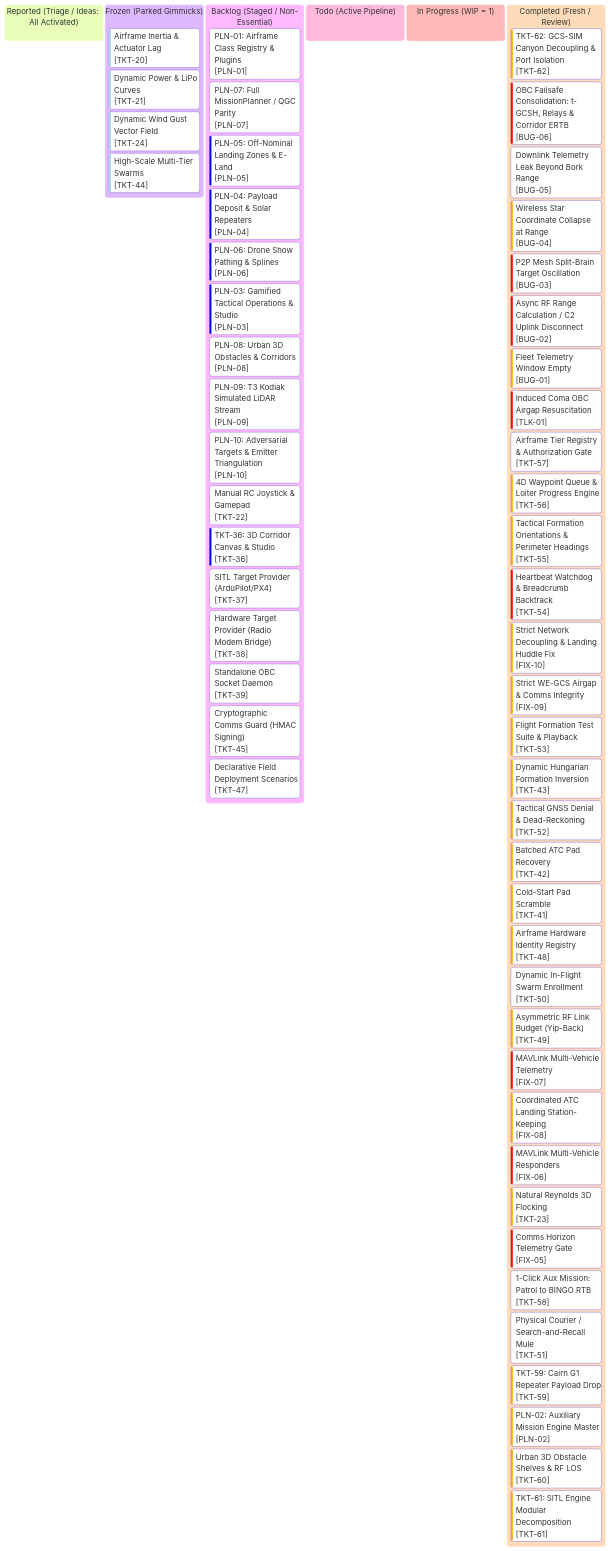
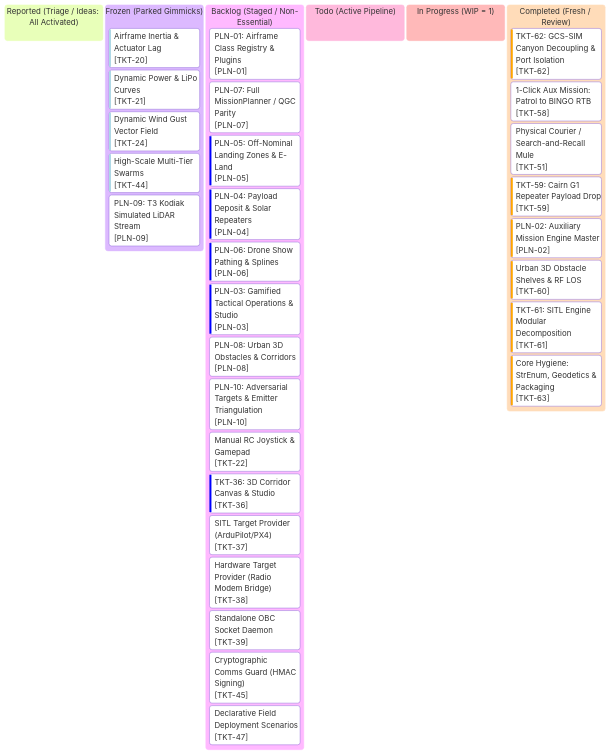
One commit to AlitheiaDeus/AlitheiaHive changed the diagram in roadmap/kanban.md. Above: the diagram before and after it, drawn with Mermaid. The commit also changed other lines of this file and 8 other files, not shown here.

Commit message:
feat(core): implement TKT-63 FlightState enum, PyMAVLink geodetics & uv packaging

````diff
--- a/roadmap/kanban.md
+++ b/roadmap/kanban.md
@@ -10,82 +10,57 @@
 ```mermaid
 %%{init: {
   'theme': 'base',
   'themeVariables': {
     'primaryColor': '#0d2235',
     'primaryTextColor': '#d4f4ff',
     'primaryBorderColor': '#00f0ff',
     'lineColor': '#00f0ff',
     'background': '#061019',
     'mainBkg': '#0a1926',
     'secondaryColor': '#081420',
     'secondaryTextColor': '#5a7e96',
     'secondaryBorderColor': '#134e6f',
     'tertiaryColor': '#0e263d',
     'tertiaryTextColor': '#00ffaa',
     'tertiaryBorderColor': '#00ffaa',
     'clusterBkg': '#081420',
     'clusterBorder': '#134e6f',
     'fontFamily': "'JetBrains Mono', 'Courier New', monospace"
   }
 }}%%
 kanban
   reported["Reported (Triage / Ideas: All Activated)"]
   frozen["Frozen (Parked Gimmicks)"]
     tkt20["Airframe Inertia & Actuator Lag"]@{ ticket: '[TKT-20]', priority: 'Very Low' }
     tkt21["Dynamic Power & LiPo Curves"]@{ ticket: '[TKT-21]', priority: 'Very Low' }
     tkt24["Dynamic Wind Gust Vector Field"]@{ ticket: '[TKT-24]', priority: 'Very Low' }
     tkt44["High-Scale Multi-Tier Swarms"]@{ ticket: '[TKT-44]', priority: 'Very Low' }
+    pln09["PLN-09: T3 Kodiak Simulated LiDAR Stream"]@{ ticket: '[PLN-09]', priority: 'Medium' }
   backlog["Backlog (Staged / Non-Essential)"]
     pln01["PLN-01: Airframe Class Registry & Plugins"]@{ ticket: '[PLN-01]', priority: 'Medium' }
     pln07["PLN-07: Full MissionPlanner / QGC Parity"]@{ ticket: '[PLN-07]', priority: 'Medium' }
     pln05["PLN-05: Off-Nominal Landing Zones & E-Land"]@{ ticket: '[PLN-05]', priority: 'Low' }
     pln04["PLN-04: Payload Deposit & Solar Repeaters"]@{ ticket: '[PLN-04]', priority: 'Low' }
     pln06["PLN-06: Drone Show Pathing & Splines"]@{ ticket: '[PLN-06]', priority: 'Low' }
     pln03["PLN-03: Gamified Tactical Operations & Studio"]@{ ticket: '[PLN-03]', priority: 'Low' }
     pln08["PLN-08: Urban 3D Obstacles & Corridors"]@{ ticket: '[PLN-08]', priority: 'Medium' }
-    pln09["PLN-09: T3 Kodiak Simulated LiDAR Stream"]@{ ticket: '[PLN-09]', priority: 'Medium' }
     pln10["PLN-10: Adversarial Targets & Emitter Triangulation"]@{ ticket: '[PLN-10]', priority: 'Medium' }
     tkt22["Manual RC Joystick & Gamepad"]@{ ticket: '[TKT-22]', priority: 'Medium' }
     tkt36["TKT-36: 3D Corridor Canvas & Studio"]@{ ticket: '[TKT-36]', priority: 'Low' }
     tkt37["SITL Target Provider (ArduPilot/PX4)"]@{ ticket: '[TKT-37]', priority: 'Medium' }
     tkt38["Hardware Target Provider (Radio Modem Bridge)"]@{ ticket: '[TKT-38]', priority: 'Medium' }
     tkt39["Standalone OBC Socket Daemon"]@{ ticket: '[TKT-39]', priority: 'Medium' }
     tkt45["Cryptographic Comms Guard (HMAC Signing)"]@{ ticket: '[TKT-45]', priority: 'Medium' }
     tkt47["Declarative Field Deployment Scenarios"]@{ ticket: '[TKT-47]', priority: 'Medium' }
   todo["Todo (Active Pipeline)"]
   in_progress["In Progress (WIP = 1)"]
   completed["Completed (Fresh / Review)"]
     tkt62["TKT-62: GCS-SIM Canyon Decoupling & Port Isolation"]@{ ticket: '[TKT-62]', priority: 'High' }
-    bug06["OBC Failsafe Consolidation: t-GCSH, Relays & Corridor ERTB"]@{ ticket: '[BUG-06]', priority: 'Very High' }
-    bug05["Downlink Telemetry Leak Beyond Bork Range"]@{ ticket: '[BUG-05]', priority: 'Medium' }
-    bug04["Wireless Star Coordinate Collapse at Range"]@{ ticket: '[BUG-04]', priority: 'High' }
-    bug03["P2P Mesh Split-Brain Target Oscillation"]@{ ticket: '[BUG-03]', priority: 'Very High' }
-    bug02["Async RF Range Calculation / C2 Uplink Disconnect"]@{ ticket: '[BUG-02]', priority: 'Very High' }
-    bug01["Fleet Telemetry Window Empty"]@{ ticket: '[BUG-01]', priority: 'High' }
-    tlk01["Induced Coma OBC Airgap Resuscitation"]@{ ticket: '[TLK-01]', priority: 'Very High' }
-    tkt57["Airframe Tier Registry & Authorization Gate"]@{ ticket: '[TKT-57]', priority: 'Medium' }
-    tkt56["4D Waypoint Queue & Loiter Progress Engine"]@{ ticket: '[TKT-56]', priority: 'High' }
-    tkt55["Tactical Formation Orientations & Perimeter Headings"]@{ ticket: '[TKT-55]', priority: 'High' }
-    tkt54["Heartbeat Watchdog & Breadcrumb Backtrack"]@{ ticket: '[TKT-54]', priority: 'Very High' }
-    fix10["Strict Network Decoupling & Landing Huddle Fix"]@{ ticket: '[FIX-10]', priority: 'High' }
-    fix09["Strict WE-GCS Airgap & Comms Integrity"]@{ ticket: '[FIX-09]', priority: 'High' }
-    tkt53["Flight Formation Test Suite & Playback"]@{ ticket: '[TKT-53]', priority: 'High' }
-    tkt43["Dynamic Hungarian Formation Inversion"]@{ ticket: '[TKT-43]', priority: 'High' }
-    tkt52["Tactical GNSS Denial & Dead-Reckoning"]@{ ticket: '[TKT-52]', priority: 'High' }
-    tkt42["Batched ATC Pad Recovery"]@{ ticket: '[TKT-42]', priority: 'High' }
-    tkt41["Cold-Start Pad Scramble"]@{ ticket: '[TKT-41]', priority: 'High' }
-    tkt48["Airframe Hardware Identity Registry"]@{ ticket: '[TKT-48]', priority: 'High' }
-    tkt50["Dynamic In-Flight Swarm Enrollment"]@{ ticket: '[TKT-50]', priority: 'Medium' }
-    tkt49["Asymmetric RF Link Budget (Yip-Back)"]@{ ticket: '[TKT-49]', priority: 'High' }
-    fix07["MAVLink Multi-Vehicle Telemetry"]@{ ticket: '[FIX-07]', priority: 'Very High' }
-    fix08["Coordinated ATC Landing Station-Keeping"]@{ ticket: '[FIX-08]', priority: 'High' }
-    fix06["MAVLink Multi-Vehicle Responders"]@{ ticket: '[FIX-06]', priority: 'Very High' }
-    tkt23["Natural Reynolds 3D Flocking"]@{ ticket: '[TKT-23]', priority: 'High' }
-    fix05["Comms Horizon Telemetry Gate"]@{ ticket: '[FIX-05]', priority: 'Very High' }
     tkt58["1-Click Aux Mission: Patrol to BINGO RTB"]@{ ticket: '[TKT-58]', priority: 'Medium' }
     tkt51["Physical Courier / Search-and-Recall Mule"]@{ ticket: '[TKT-51]', priority: 'Medium' }
     tkt59["TKT-59: Cairn G1 Repeater Payload Drop"]@{ ticket: '[TKT-59]', priority: 'High' }
     pln02["PLN-02: Auxiliary Mission Engine Master"]@{ ticket: '[PLN-02]', priority: 'High' }
     tkt60["Urban 3D Obstacle Shelves & RF LOS"]@{ ticket: '[TKT-60]', priority: 'High' }
     tkt61["TKT-61: SITL Engine Modular Decomposition"]@{ ticket: '[TKT-61]', priority: 'High' }
+    tkt63["Core Hygiene: StrEnum, Geodetics & Packaging"]@{ ticket: '[TKT-63]', priority: 'High' }
 ```
````
